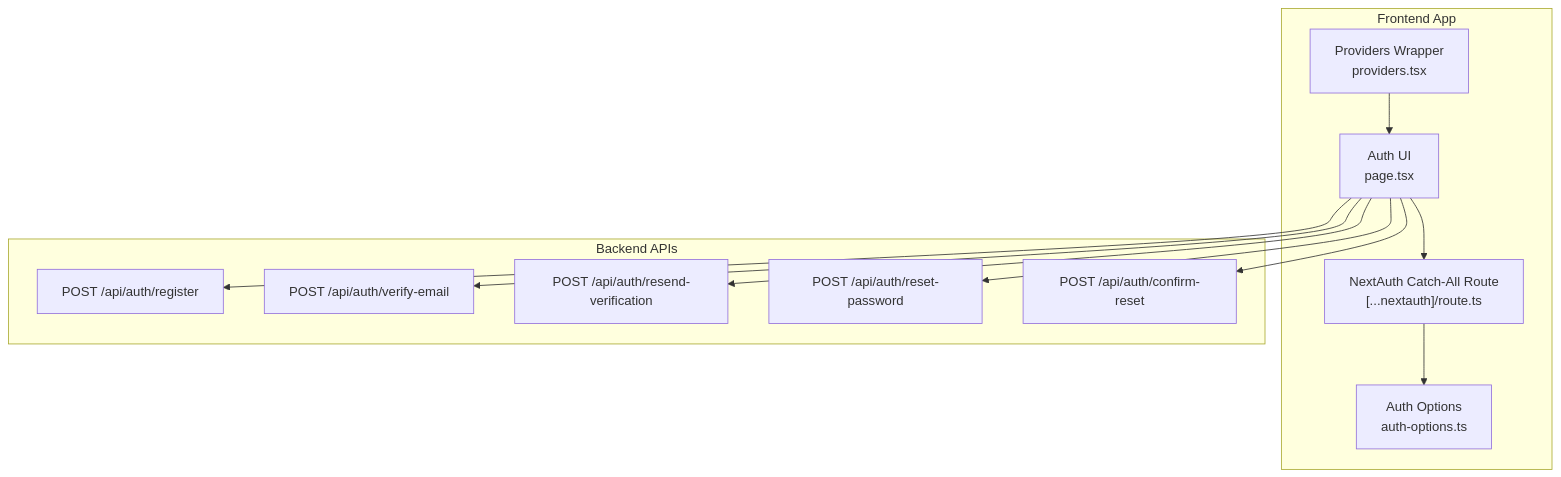
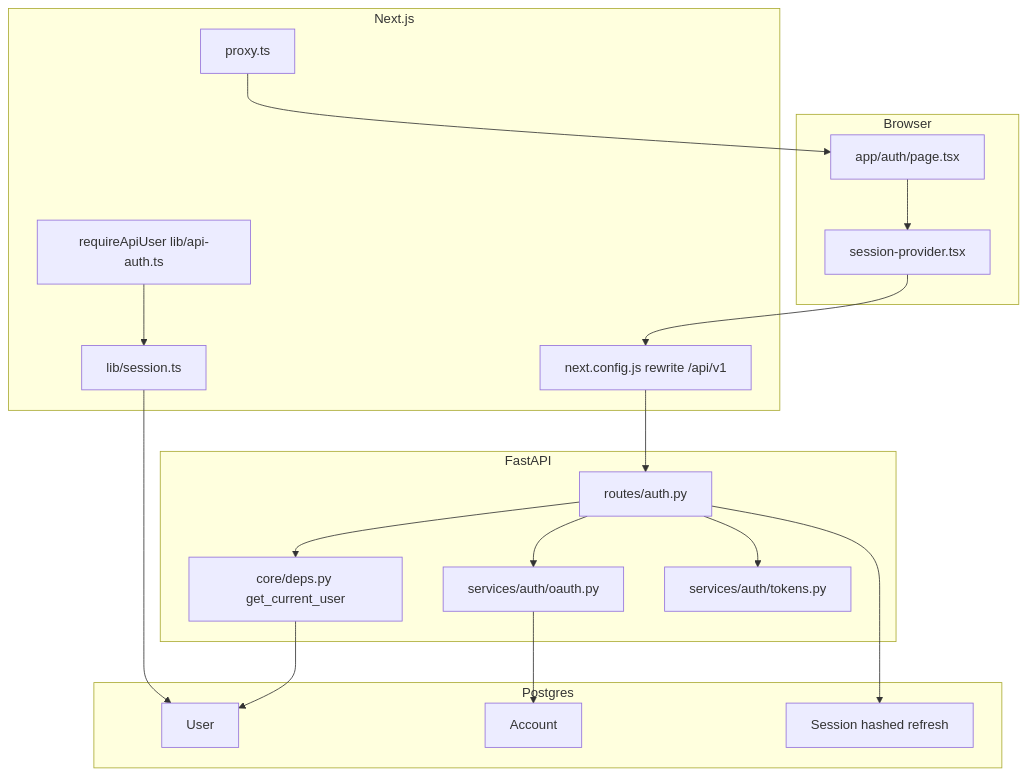
One commit to tashifkhan/tashif.codes changed the first of 3 diagrams in src/data/docs/talentsync/Authentication & Authorization.md. Above: the diagram before and after it, drawn with Mermaid. The commit also changed other lines of this file and 2128 other files, not shown here.

First line of the commit message:
docs: replace raster diagram images with native Mermaid across project guides

````diff
--- a/src/data/docs/talentsync/Authentication & Authorization.md
+++ b/src/data/docs/talentsync/Authentication & Authorization.md
@@ -14,24 +9,36 @@
 ```mermaid
 graph TB
-subgraph "Frontend App"
-UI_Auth["Auth UI<br/>page.tsx"]
-Providers["Providers Wrapper<br/>providers.tsx"]
-NextAuthRoute["NextAuth Catch-All Route<br/>[...nextauth]/route.ts"]
-AuthConfig["Auth Options<br/>auth-options.ts"]
+subgraph "Browser"
+UI["app/auth/page.tsx"]
+SP["session-provider.tsx"]
 end
-subgraph "Backend APIs"
-API_Register["POST /api/auth/register"]
-API_Verify["POST /api/auth/verify-email"]
-API_Resend["POST /api/auth/resend-verification"]
-API_ResetReq["POST /api/auth/reset-password"]
-API_ResetConf["POST /api/auth/confirm-reset"]
+subgraph "Next.js"
+RW["next.config.js rewrite /api/v1"]
+SESS["lib/session.ts"]
+PROXY["proxy.ts"]
+API["requireApiUser lib/api-auth.ts"]
 end
-UI_Auth --> NextAuthRoute
-Providers --> UI_Auth
-NextAuthRoute --> AuthConfig
-UI_Auth --> API_Register
-UI_Auth --> API_Verify
-UI_Auth --> API_Resend
-UI_Auth --> API_ResetReq
-UI_Auth --> API_ResetConf
+subgraph "FastAPI"
+AUTH["routes/auth.py"]
+DEPS["core/deps.py get_current_user"]
+OAUTH["services/auth/oauth.py"]
+TOK["services/auth/tokens.py"]
+end
+subgraph "Postgres"
+USER["User"]
+ACCT["Account"]
+SESSROW["Session hashed refresh"]
+end
+UI --> SP
+SP --> RW
+RW --> AUTH
+SESS --> USER
+PROXY --> UI
+API --> SESS
+AUTH --> OAUTH
+AUTH --> TOK
+AUTH --> DEPS
+DEPS --> USER
+AUTH --> SESSROW
+OAUTH --> ACCT
 ```
````
